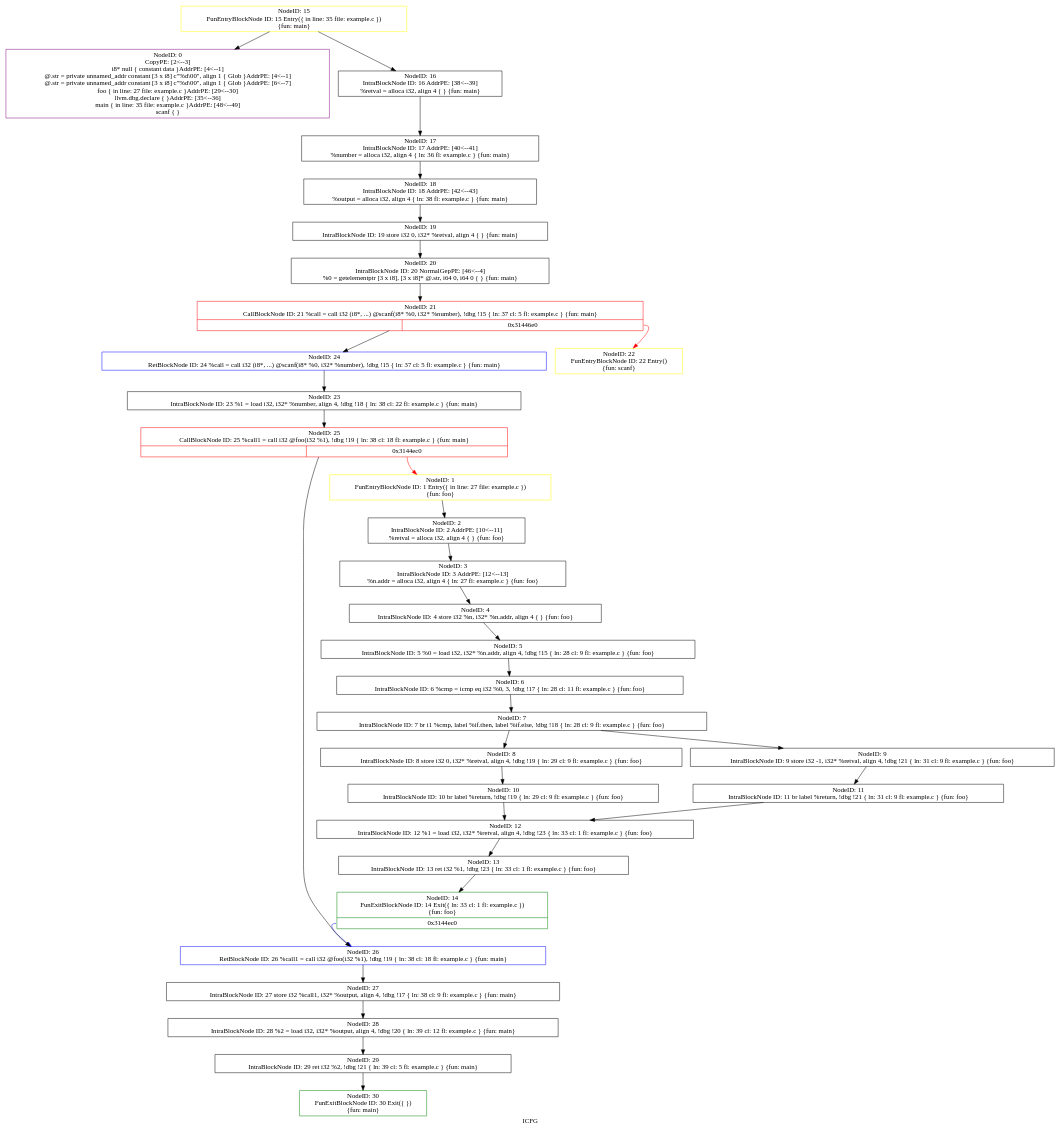
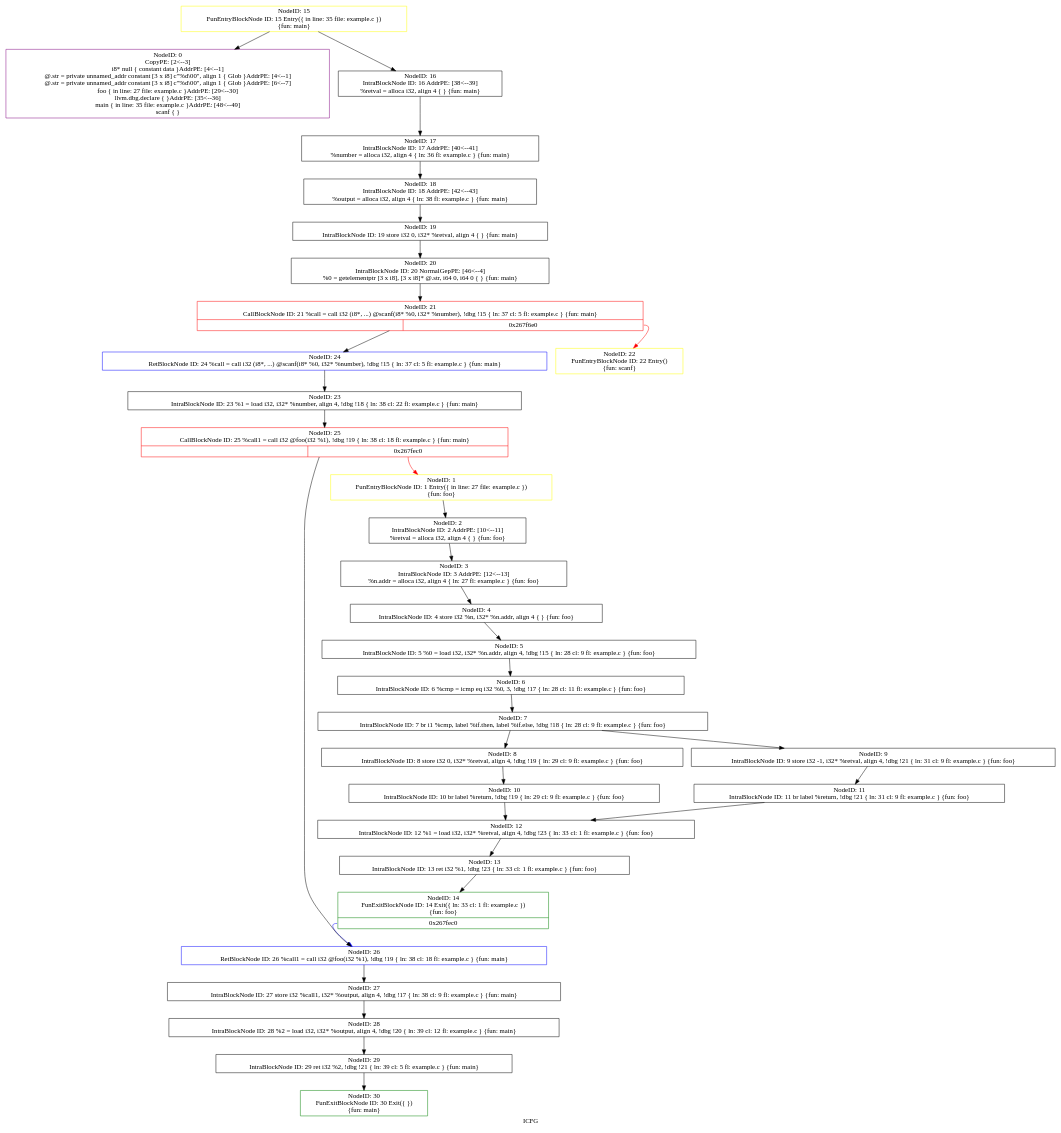
The diagram in icfg.dot (triciadang/symbolicexecutionsvf), drawn with Graphviz before and after one commit. The commit also changed 4 other files, not shown here.

```diff
--- a/icfg.dot
+++ b/icfg.dot
@@ -1,67 +1,67 @@
 digraph "ICFG" {
 	label="ICFG";
 
-	Node0x31590c0 [shape=record,color=green,label="{NodeID: 30\nFunExitBlockNode ID: 30 Exit(\{  \})\n \{fun: main\}}"];
-	Node0x3158d00 [shape=record,color=black,label="{NodeID: 29\nIntraBlockNode ID: 29      ret i32 %2, !dbg !21 \{ ln: 39  cl: 5  fl: example.c \}    \{fun: main\}}"];
-	Node0x3158d00 -> Node0x31590c0[style=solid];
-	Node0x3156ca0 [shape=record,color=black,label="{NodeID: 12\nIntraBlockNode ID: 12      %1 = load i32, i32* %retval, align 4, !dbg !23 \{ ln: 33  cl: 1  fl: example.c \}    \{fun: foo\}}"];
-	Node0x3156ca0 -> Node0x3156f20[style=solid];
-	Node0x3156ac0 [shape=record,color=black,label="{NodeID: 11\nIntraBlockNode ID: 11      br label %return, !dbg !21 \{ ln: 31  cl: 9  fl: example.c \}    \{fun: foo\}}"];
-	Node0x3156ac0 -> Node0x3156ca0[style=solid];
-	Node0x31568e0 [shape=record,color=black,label="{NodeID: 10\nIntraBlockNode ID: 10      br label %return, !dbg !19 \{ ln: 29  cl: 9  fl: example.c \}    \{fun: foo\}}"];
-	Node0x31568e0 -> Node0x3156ca0[style=solid];
-	Node0x3156700 [shape=record,color=black,label="{NodeID: 9\nIntraBlockNode ID: 9      store i32 -1, i32* %retval, align 4, !dbg !21 \{ ln: 31  cl: 9  fl: example.c \}    \{fun: foo\}}"];
-	Node0x3156700 -> Node0x3156ac0[style=solid];
-	Node0x3156570 [shape=record,color=black,label="{NodeID: 8\nIntraBlockNode ID: 8      store i32 0, i32* %retval, align 4, !dbg !19 \{ ln: 29  cl: 9  fl: example.c \}    \{fun: foo\}}"];
-	Node0x3156570 -> Node0x31568e0[style=solid];
-	Node0x3156430 [shape=record,color=black,label="{NodeID: 7\nIntraBlockNode ID: 7      br i1 %cmp, label %if.then, label %if.else, !dbg !18 \{ ln: 28  cl: 9  fl: example.c \}    \{fun: foo\}}"];
-	Node0x3156430 -> Node0x3156570[style=solid];
-	Node0x3156430 -> Node0x3156700[style=solid];
-	Node0x3156310 [shape=record,color=black,label="{NodeID: 6\nIntraBlockNode ID: 6      %cmp = icmp eq i32 %0, 3, !dbg !17 \{ ln: 28  cl: 11  fl: example.c \}    \{fun: foo\}}"];
-	Node0x3156310 -> Node0x3156430[style=solid];
-	Node0x31561f0 [shape=record,color=black,label="{NodeID: 5\nIntraBlockNode ID: 5      %0 = load i32, i32* %n.addr, align 4, !dbg !15 \{ ln: 28  cl: 9  fl: example.c \}    \{fun: foo\}}"];
-	Node0x31561f0 -> Node0x3156310[style=solid];
-	Node0x31560f0 [shape=record,color=black,label="{NodeID: 4\nIntraBlockNode ID: 4      store i32 %n, i32* %n.addr, align 4 \{  \}    \{fun: foo\}}"];
-	Node0x31560f0 -> Node0x31561f0[style=solid];
-	Node0x3155ff0 [shape=record,color=black,label="{NodeID: 3\nIntraBlockNode ID: 3   AddrPE: [12\<--13]  \n   %n.addr = alloca i32, align 4 \{ ln: 27 fl: example.c \} \{fun: foo\}}"];
-	Node0x3155ff0 -> Node0x31560f0[style=solid];
-	Node0x3155dc0 [shape=record,color=black,label="{NodeID: 2\nIntraBlockNode ID: 2   AddrPE: [10\<--11]  \n   %retval = alloca i32, align 4 \{  \} \{fun: foo\}}"];
-	Node0x3155dc0 -> Node0x3155ff0[style=solid];
-	Node0x3155c60 [shape=record,color=yellow,label="{NodeID: 1\nFunEntryBlockNode ID: 1 Entry(\{ in line: 27 file: example.c \})\n \{fun: foo\}}"];
-	Node0x3155c60 -> Node0x3155dc0[style=solid];
-	Node0x3146140 [shape=record,color=purple,label="{NodeID: 0\nCopyPE: [2\<--3]  \n i8* null \{ constant data \}AddrPE: [4\<--1]  \n @.str = private unnamed_addr constant [3 x i8] c\"%d\\00\", align 1 \{ Glob  \}AddrPE: [4\<--1]  \n @.str = private unnamed_addr constant [3 x i8] c\"%d\\00\", align 1 \{ Glob  \}AddrPE: [6\<--7]  \n foo \{ in line: 27 file: example.c \}AddrPE: [29\<--30]  \n llvm.dbg.declare \{  \}AddrPE: [35\<--36]  \n main \{ in line: 35 file: example.c \}AddrPE: [48\<--49]  \n scanf \{  \}}"];
-	Node0x3156f20 [shape=record,color=black,label="{NodeID: 13\nIntraBlockNode ID: 13      ret i32 %1, !dbg !23 \{ ln: 33  cl: 1  fl: example.c \}    \{fun: foo\}}"];
-	Node0x3156f20 -> Node0x31571f0[style=solid];
-	Node0x31571f0 [shape=record,color=green,label="{NodeID: 14\nFunExitBlockNode ID: 14 Exit(\{ ln: 33  cl: 1  fl: example.c \})\n \{fun: foo\}|{<s0>0x3144ec0}}"];
-	Node0x31571f0:s0 -> Node0x3158680[style=solid,color=blue];
-	Node0x31573c0 [shape=record,color=yellow,label="{NodeID: 15\nFunEntryBlockNode ID: 15 Entry(\{ in line: 35 file: example.c \})\n \{fun: main\}}"];
-	Node0x31573c0 -> Node0x3146140[style=solid];
-	Node0x31573c0 -> Node0x31574f0[style=solid];
-	Node0x31574f0 [shape=record,color=black,label="{NodeID: 16\nIntraBlockNode ID: 16   AddrPE: [38\<--39]  \n   %retval = alloca i32, align 4 \{  \} \{fun: main\}}"];
-	Node0x31574f0 -> Node0x31576b0[style=solid];
-	Node0x31576b0 [shape=record,color=black,label="{NodeID: 17\nIntraBlockNode ID: 17   AddrPE: [40\<--41]  \n   %number = alloca i32, align 4 \{ ln: 36 fl: example.c \} \{fun: main\}}"];
-	Node0x31576b0 -> Node0x3157960[style=solid];
-	Node0x3157960 [shape=record,color=black,label="{NodeID: 18\nIntraBlockNode ID: 18   AddrPE: [42\<--43]  \n   %output = alloca i32, align 4 \{ ln: 38 fl: example.c \} \{fun: main\}}"];
-	Node0x3157960 -> Node0x3157b20[style=solid];
-	Node0x3157b20 [shape=record,color=black,label="{NodeID: 19\nIntraBlockNode ID: 19      store i32 0, i32* %retval, align 4 \{  \}    \{fun: main\}}"];
-	Node0x3157b20 -> Node0x3157ce0[style=solid];
-	Node0x3157ce0 [shape=record,color=black,label="{NodeID: 20\nIntraBlockNode ID: 20   NormalGepPE: [46\<--4]  \n   %0 = getelementptr [3 x i8], [3 x i8]* @.str, i64 0, i64 0 \{  \} \{fun: main\}}"];
-	Node0x3157ce0 -> Node0x3146ad0[style=solid];
-	Node0x3146ad0 [shape=record,color=red,label="{NodeID: 21\nCallBlockNode ID: 21   %call = call i32 (i8*, ...) @scanf(i8* %0, i32* %number), !dbg !15 \{ ln: 37  cl: 5  fl: example.c \} \{fun: main\}|{|<s1>0x31446e0}}"];
-	Node0x3146ad0 -> Node0x31582b0[style=solid];
-	Node0x3146ad0:s1 -> Node0x3157f00[style=solid,color=red];
-	Node0x3157f00 [shape=record,color=yellow,label="{NodeID: 22\nFunEntryBlockNode ID: 22 Entry()\n \{fun: scanf\}}"];
-	Node0x3158190 [shape=record,color=black,label="{NodeID: 23\nIntraBlockNode ID: 23      %1 = load i32, i32* %number, align 4, !dbg !18 \{ ln: 38  cl: 22  fl: example.c \}    \{fun: main\}}"];
-	Node0x3158190 -> Node0x313cc90[style=solid];
-	Node0x31582b0 [shape=record,color=blue,label="{NodeID: 24\nRetBlockNode ID: 24   %call = call i32 (i8*, ...) @scanf(i8* %0, i32* %number), !dbg !15 \{ ln: 37  cl: 5  fl: example.c \} \{fun: main\}}"];
-	Node0x31582b0 -> Node0x3158190[style=solid];
-	Node0x313cc90 [shape=record,color=red,label="{NodeID: 25\nCallBlockNode ID: 25   %call1 = call i32 @foo(i32 %1), !dbg !19 \{ ln: 38  cl: 18  fl: example.c \} \{fun: main\}|{|<s1>0x3144ec0}}"];
-	Node0x313cc90 -> Node0x3158680[style=solid];
-	Node0x313cc90:s1 -> Node0x3155c60[style=solid,color=red];
-	Node0x3158680 [shape=record,color=blue,label="{NodeID: 26\nRetBlockNode ID: 26   %call1 = call i32 @foo(i32 %1), !dbg !19 \{ ln: 38  cl: 18  fl: example.c \} \{fun: main\}}"];
-	Node0x3158680 -> Node0x31588e0[style=solid];
-	Node0x31588e0 [shape=record,color=black,label="{NodeID: 27\nIntraBlockNode ID: 27      store i32 %call1, i32* %output, align 4, !dbg !17 \{ ln: 38  cl: 9  fl: example.c \}    \{fun: main\}}"];
-	Node0x31588e0 -> Node0x3158b40[style=solid];
-	Node0x3158b40 [shape=record,color=black,label="{NodeID: 28\nIntraBlockNode ID: 28      %2 = load i32, i32* %output, align 4, !dbg !20 \{ ln: 39  cl: 12  fl: example.c \}    \{fun: main\}}"];
-	Node0x3158b40 -> Node0x3158d00[style=solid];
+	Node0x26940c0 [shape=record,color=green,label="{NodeID: 30\nFunExitBlockNode ID: 30 Exit(\{  \})\n \{fun: main\}}"];
+	Node0x2693d00 [shape=record,color=black,label="{NodeID: 29\nIntraBlockNode ID: 29      ret i32 %2, !dbg !21 \{ ln: 39  cl: 5  fl: example.c \}    \{fun: main\}}"];
+	Node0x2693d00 -> Node0x26940c0[style=solid];
+	Node0x2691ca0 [shape=record,color=black,label="{NodeID: 12\nIntraBlockNode ID: 12      %1 = load i32, i32* %retval, align 4, !dbg !23 \{ ln: 33  cl: 1  fl: example.c \}    \{fun: foo\}}"];
+	Node0x2691ca0 -> Node0x2691f20[style=solid];
+	Node0x2691ac0 [shape=record,color=black,label="{NodeID: 11\nIntraBlockNode ID: 11      br label %return, !dbg !21 \{ ln: 31  cl: 9  fl: example.c \}    \{fun: foo\}}"];
+	Node0x2691ac0 -> Node0x2691ca0[style=solid];
+	Node0x26918e0 [shape=record,color=black,label="{NodeID: 10\nIntraBlockNode ID: 10      br label %return, !dbg !19 \{ ln: 29  cl: 9  fl: example.c \}    \{fun: foo\}}"];
+	Node0x26918e0 -> Node0x2691ca0[style=solid];
+	Node0x2691700 [shape=record,color=black,label="{NodeID: 9\nIntraBlockNode ID: 9      store i32 -1, i32* %retval, align 4, !dbg !21 \{ ln: 31  cl: 9  fl: example.c \}    \{fun: foo\}}"];
+	Node0x2691700 -> Node0x2691ac0[style=solid];
+	Node0x2691570 [shape=record,color=black,label="{NodeID: 8\nIntraBlockNode ID: 8      store i32 0, i32* %retval, align 4, !dbg !19 \{ ln: 29  cl: 9  fl: example.c \}    \{fun: foo\}}"];
+	Node0x2691570 -> Node0x26918e0[style=solid];
+	Node0x2691430 [shape=record,color=black,label="{NodeID: 7\nIntraBlockNode ID: 7      br i1 %cmp, label %if.then, label %if.else, !dbg !18 \{ ln: 28  cl: 9  fl: example.c \}    \{fun: foo\}}"];
+	Node0x2691430 -> Node0x2691570[style=solid];
+	Node0x2691430 -> Node0x2691700[style=solid];
+	Node0x2691310 [shape=record,color=black,label="{NodeID: 6\nIntraBlockNode ID: 6      %cmp = icmp eq i32 %0, 3, !dbg !17 \{ ln: 28  cl: 11  fl: example.c \}    \{fun: foo\}}"];
+	Node0x2691310 -> Node0x2691430[style=solid];
+	Node0x26911f0 [shape=record,color=black,label="{NodeID: 5\nIntraBlockNode ID: 5      %0 = load i32, i32* %n.addr, align 4, !dbg !15 \{ ln: 28  cl: 9  fl: example.c \}    \{fun: foo\}}"];
+	Node0x26911f0 -> Node0x2691310[style=solid];
+	Node0x26910f0 [shape=record,color=black,label="{NodeID: 4\nIntraBlockNode ID: 4      store i32 %n, i32* %n.addr, align 4 \{  \}    \{fun: foo\}}"];
+	Node0x26910f0 -> Node0x26911f0[style=solid];
+	Node0x2690ff0 [shape=record,color=black,label="{NodeID: 3\nIntraBlockNode ID: 3   AddrPE: [12\<--13]  \n   %n.addr = alloca i32, align 4 \{ ln: 27 fl: example.c \} \{fun: foo\}}"];
+	Node0x2690ff0 -> Node0x26910f0[style=solid];
+	Node0x2690dc0 [shape=record,color=black,label="{NodeID: 2\nIntraBlockNode ID: 2   AddrPE: [10\<--11]  \n   %retval = alloca i32, align 4 \{  \} \{fun: foo\}}"];
+	Node0x2690dc0 -> Node0x2690ff0[style=solid];
+	Node0x2690c60 [shape=record,color=yellow,label="{NodeID: 1\nFunEntryBlockNode ID: 1 Entry(\{ in line: 27 file: example.c \})\n \{fun: foo\}}"];
+	Node0x2690c60 -> Node0x2690dc0[style=solid];
+	Node0x2681140 [shape=record,color=purple,label="{NodeID: 0\nCopyPE: [2\<--3]  \n i8* null \{ constant data \}AddrPE: [4\<--1]  \n @.str = private unnamed_addr constant [3 x i8] c\"%d\\00\", align 1 \{ Glob  \}AddrPE: [4\<--1]  \n @.str = private unnamed_addr constant [3 x i8] c\"%d\\00\", align 1 \{ Glob  \}AddrPE: [6\<--7]  \n foo \{ in line: 27 file: example.c \}AddrPE: [29\<--30]  \n llvm.dbg.declare \{  \}AddrPE: [35\<--36]  \n main \{ in line: 35 file: example.c \}AddrPE: [48\<--49]  \n scanf \{  \}}"];
+	Node0x2691f20 [shape=record,color=black,label="{NodeID: 13\nIntraBlockNode ID: 13      ret i32 %1, !dbg !23 \{ ln: 33  cl: 1  fl: example.c \}    \{fun: foo\}}"];
+	Node0x2691f20 -> Node0x26921f0[style=solid];
+	Node0x26921f0 [shape=record,color=green,label="{NodeID: 14\nFunExitBlockNode ID: 14 Exit(\{ ln: 33  cl: 1  fl: example.c \})\n \{fun: foo\}|{<s0>0x267fec0}}"];
+	Node0x26921f0:s0 -> Node0x2693680[style=solid,color=blue];
+	Node0x26923c0 [shape=record,color=yellow,label="{NodeID: 15\nFunEntryBlockNode ID: 15 Entry(\{ in line: 35 file: example.c \})\n \{fun: main\}}"];
+	Node0x26923c0 -> Node0x2681140[style=solid];
+	Node0x26923c0 -> Node0x26924f0[style=solid];
+	Node0x26924f0 [shape=record,color=black,label="{NodeID: 16\nIntraBlockNode ID: 16   AddrPE: [38\<--39]  \n   %retval = alloca i32, align 4 \{  \} \{fun: main\}}"];
+	Node0x26924f0 -> Node0x26926b0[style=solid];
+	Node0x26926b0 [shape=record,color=black,label="{NodeID: 17\nIntraBlockNode ID: 17   AddrPE: [40\<--41]  \n   %number = alloca i32, align 4 \{ ln: 36 fl: example.c \} \{fun: main\}}"];
+	Node0x26926b0 -> Node0x2692960[style=solid];
+	Node0x2692960 [shape=record,color=black,label="{NodeID: 18\nIntraBlockNode ID: 18   AddrPE: [42\<--43]  \n   %output = alloca i32, align 4 \{ ln: 38 fl: example.c \} \{fun: main\}}"];
+	Node0x2692960 -> Node0x2692b20[style=solid];
+	Node0x2692b20 [shape=record,color=black,label="{NodeID: 19\nIntraBlockNode ID: 19      store i32 0, i32* %retval, align 4 \{  \}    \{fun: main\}}"];
+	Node0x2692b20 -> Node0x2692ce0[style=solid];
+	Node0x2692ce0 [shape=record,color=black,label="{NodeID: 20\nIntraBlockNode ID: 20   NormalGepPE: [46\<--4]  \n   %0 = getelementptr [3 x i8], [3 x i8]* @.str, i64 0, i64 0 \{  \} \{fun: main\}}"];
+	Node0x2692ce0 -> Node0x2681ad0[style=solid];
+	Node0x2681ad0 [shape=record,color=red,label="{NodeID: 21\nCallBlockNode ID: 21   %call = call i32 (i8*, ...) @scanf(i8* %0, i32* %number), !dbg !15 \{ ln: 37  cl: 5  fl: example.c \} \{fun: main\}|{|<s1>0x267f6e0}}"];
+	Node0x2681ad0 -> Node0x26932b0[style=solid];
+	Node0x2681ad0:s1 -> Node0x2692f00[style=solid,color=red];
+	Node0x2692f00 [shape=record,color=yellow,label="{NodeID: 22\nFunEntryBlockNode ID: 22 Entry()\n \{fun: scanf\}}"];
+	Node0x2693190 [shape=record,color=black,label="{NodeID: 23\nIntraBlockNode ID: 23      %1 = load i32, i32* %number, align 4, !dbg !18 \{ ln: 38  cl: 22  fl: example.c \}    \{fun: main\}}"];
+	Node0x2693190 -> Node0x2677c90[style=solid];
+	Node0x26932b0 [shape=record,color=blue,label="{NodeID: 24\nRetBlockNode ID: 24   %call = call i32 (i8*, ...) @scanf(i8* %0, i32* %number), !dbg !15 \{ ln: 37  cl: 5  fl: example.c \} \{fun: main\}}"];
+	Node0x26932b0 -> Node0x2693190[style=solid];
+	Node0x2677c90 [shape=record,color=red,label="{NodeID: 25\nCallBlockNode ID: 25   %call1 = call i32 @foo(i32 %1), !dbg !19 \{ ln: 38  cl: 18  fl: example.c \} \{fun: main\}|{|<s1>0x267fec0}}"];
+	Node0x2677c90 -> Node0x2693680[style=solid];
+	Node0x2677c90:s1 -> Node0x2690c60[style=solid,color=red];
+	Node0x2693680 [shape=record,color=blue,label="{NodeID: 26\nRetBlockNode ID: 26   %call1 = call i32 @foo(i32 %1), !dbg !19 \{ ln: 38  cl: 18  fl: example.c \} \{fun: main\}}"];
+	Node0x2693680 -> Node0x26938e0[style=solid];
+	Node0x26938e0 [shape=record,color=black,label="{NodeID: 27\nIntraBlockNode ID: 27      store i32 %call1, i32* %output, align 4, !dbg !17 \{ ln: 38  cl: 9  fl: example.c \}    \{fun: main\}}"];
+	Node0x26938e0 -> Node0x2693b40[style=solid];
+	Node0x2693b40 [shape=record,color=black,label="{NodeID: 28\nIntraBlockNode ID: 28      %2 = load i32, i32* %output, align 4, !dbg !20 \{ ln: 39  cl: 12  fl: example.c \}    \{fun: main\}}"];
+	Node0x2693b40 -> Node0x2693d00[style=solid];
 }
```
